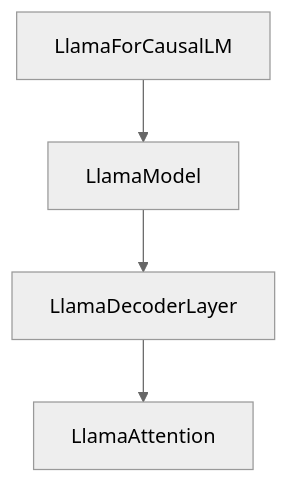
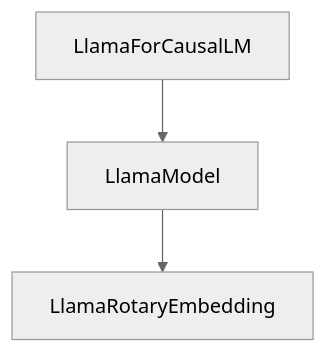
One commit to ba144220/cs230-final-project changed the diagram in README.md. Above: the diagram before and after it, drawn with Mermaid (neutral theme). The commit also changed other lines of this file and 1 other file, not shown here.

````diff
--- a/README.md
+++ b/README.md
@@ -125,6 +114,5 @@
-```Mermaid
+```mermaid
 flowchart TD
     LlamaForCausalLM --> LlamaModel
-    LlamaModel --> LlamaDecoderLayer
-    LlamaDecoderLayer --> LlamaAttention
+    LlamaModel --> LlamaRotaryEmbedding
 ```
````
